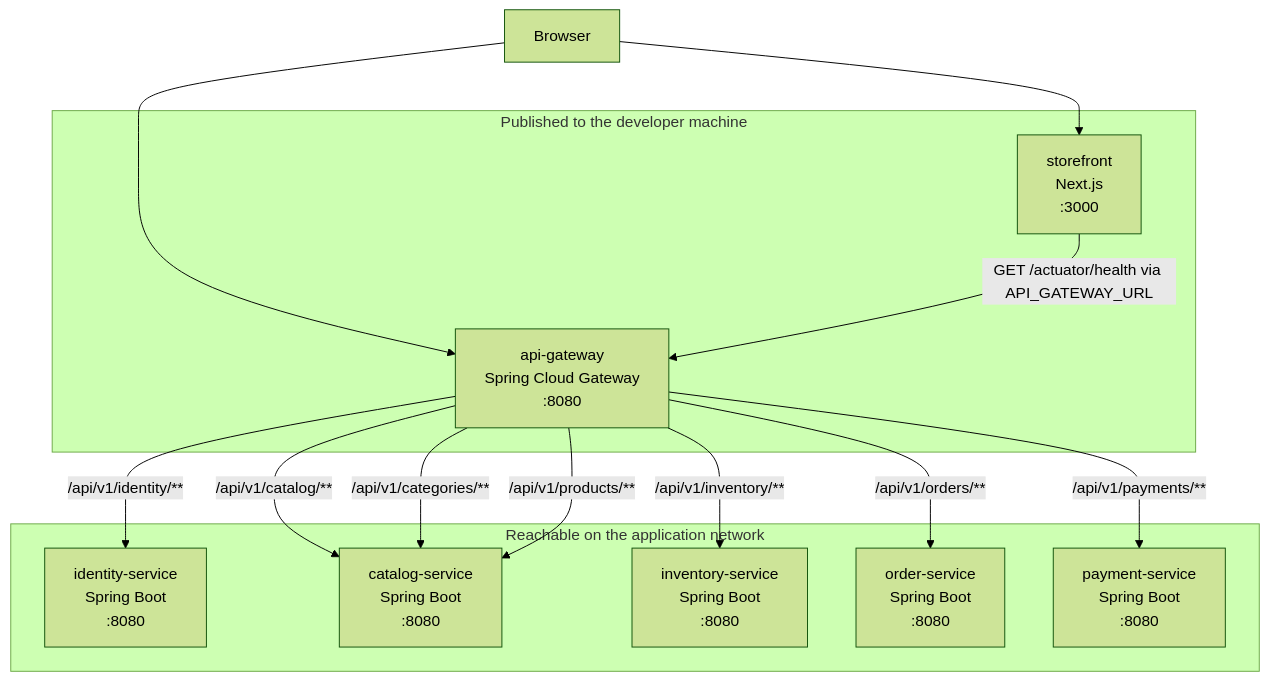
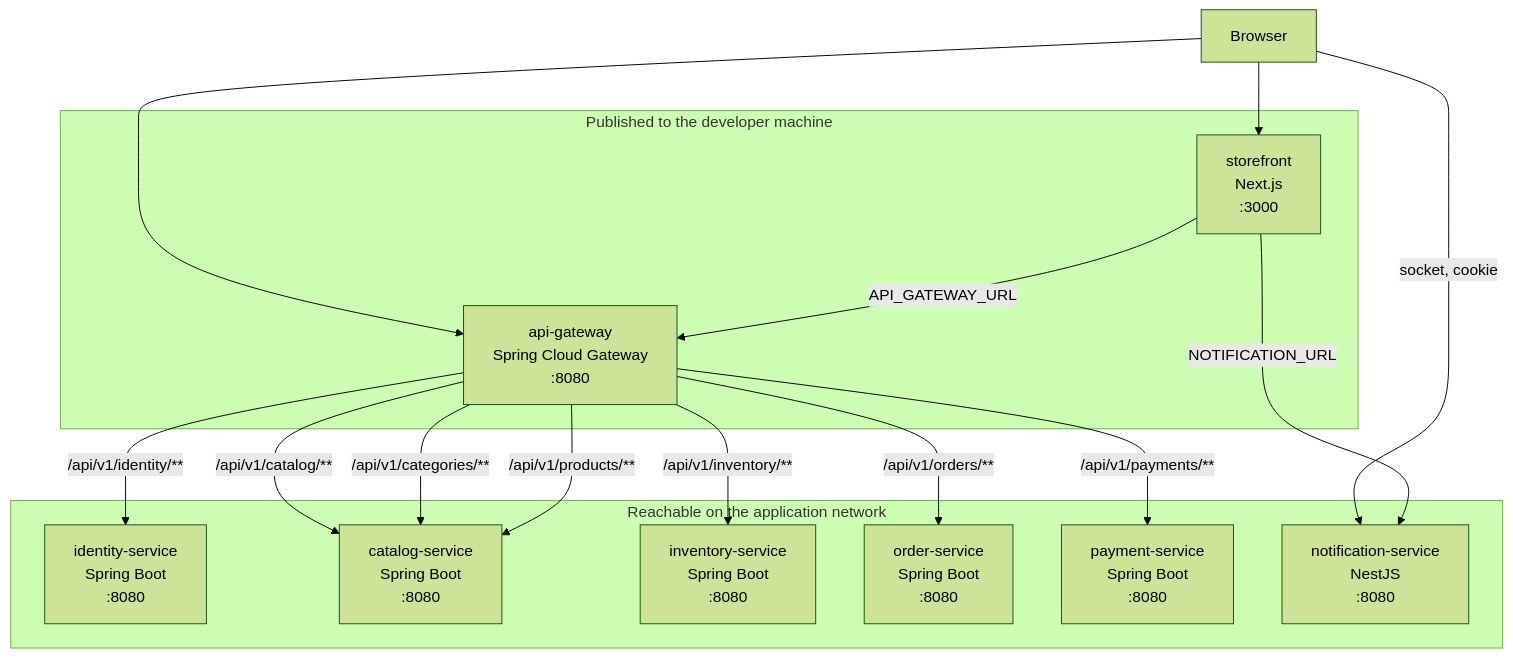
The diagram in docs/architecture/container-diagram.md (lecongnhat247/bazaar), drawn with Mermaid (forest theme) before and after one commit. The commit also changed other lines of this file and 3 other files, not shown here.

Commit message:
Record the verified Phase 3 stack in the architecture diagrams, including the notification socket, Kafka, Redis, and the dead-letter path.

````diff
--- a/docs/architecture/container-diagram.md
+++ b/docs/architecture/container-diagram.md
@@ -5,28 +5,31 @@
 ```mermaid
 flowchart TB
   browser[Browser]
 
   subgraph clientHost [Published to the developer machine]
     storefront["storefront<br/>Next.js<br/>:3000"]
     gateway["api-gateway<br/>Spring Cloud Gateway<br/>:8080"]
   end
 
   subgraph internal [Reachable on the application network]
     identity["identity-service<br/>Spring Boot<br/>:8080"]
     catalog["catalog-service<br/>Spring Boot<br/>:8080"]
     inventory["inventory-service<br/>Spring Boot<br/>:8080"]
     orders["order-service<br/>Spring Boot<br/>:8080"]
     payments["payment-service<br/>Spring Boot<br/>:8080"]
+    notify["notification-service<br/>NestJS<br/>:8080"]
   end
 
   browser --> storefront
   browser --> gateway
-  storefront -->|GET /actuator/health via API_GATEWAY_URL| gateway
+  browser -->|socket, cookie| notify
+  storefront -->|API_GATEWAY_URL| gateway
+  storefront -->|NOTIFICATION_URL| notify
   gateway -->|/api/v1/identity/**| identity
   gateway -->|/api/v1/catalog/**| catalog
   gateway -->|/api/v1/categories/**| catalog
   gateway -->|/api/v1/products/**| catalog
   gateway -->|/api/v1/inventory/**| inventory
   gateway -->|/api/v1/orders/**| orders
   gateway -->|/api/v1/payments/**| payments
 ```
````
